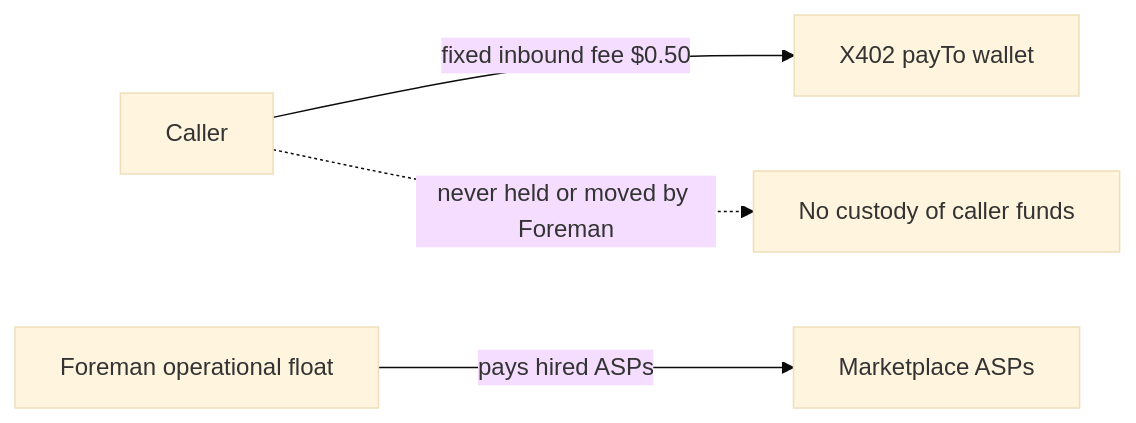
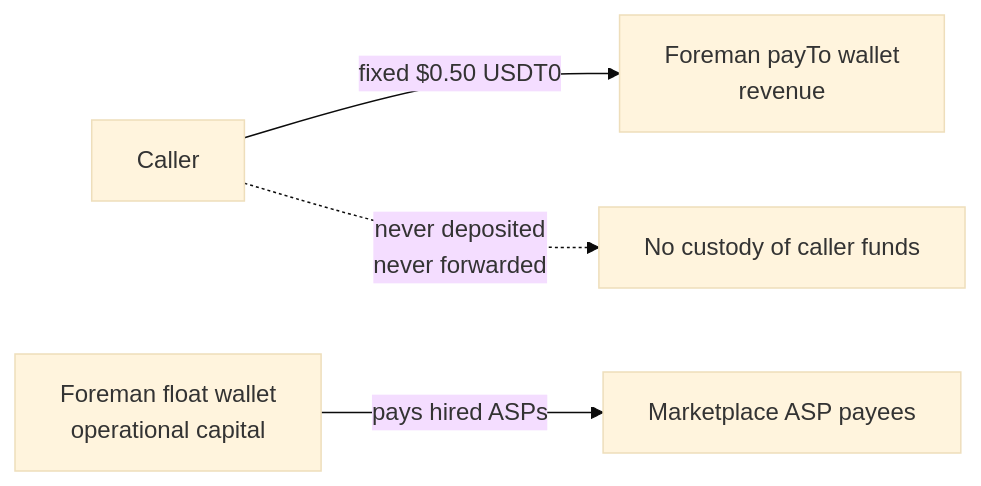
One commit to rudazy/AgentDNA changed the third of 6 diagrams in README.md. Above: the diagram before and after it, drawn with Mermaid (base theme). The commit also changed other lines of this file, not shown here.

Commit message:
rewrite README as Foreman-first

````diff
--- a/README.md
+++ b/README.md
@@ -105,6 +312,6 @@
 ```mermaid
 flowchart LR
-  Caller -->|fixed inbound fee $0.50| PayTo[X402 payTo wallet]
-  Float[Foreman operational float] -->|pays hired ASPs| ASPs[Marketplace ASPs]
-  Caller -.->|never held or moved by Foreman| X[No custody of caller funds]
+  Caller -->|fixed $0.50 USDT0| PayTo[Foreman payTo wallet<br/>revenue]
+  Float[Foreman float wallet<br/>operational capital] -->|pays hired ASPs| ASPs[Marketplace ASP payees]
+  Caller -.->|never deposited<br/>never forwarded| X[No custody of caller funds]
 ```
````
